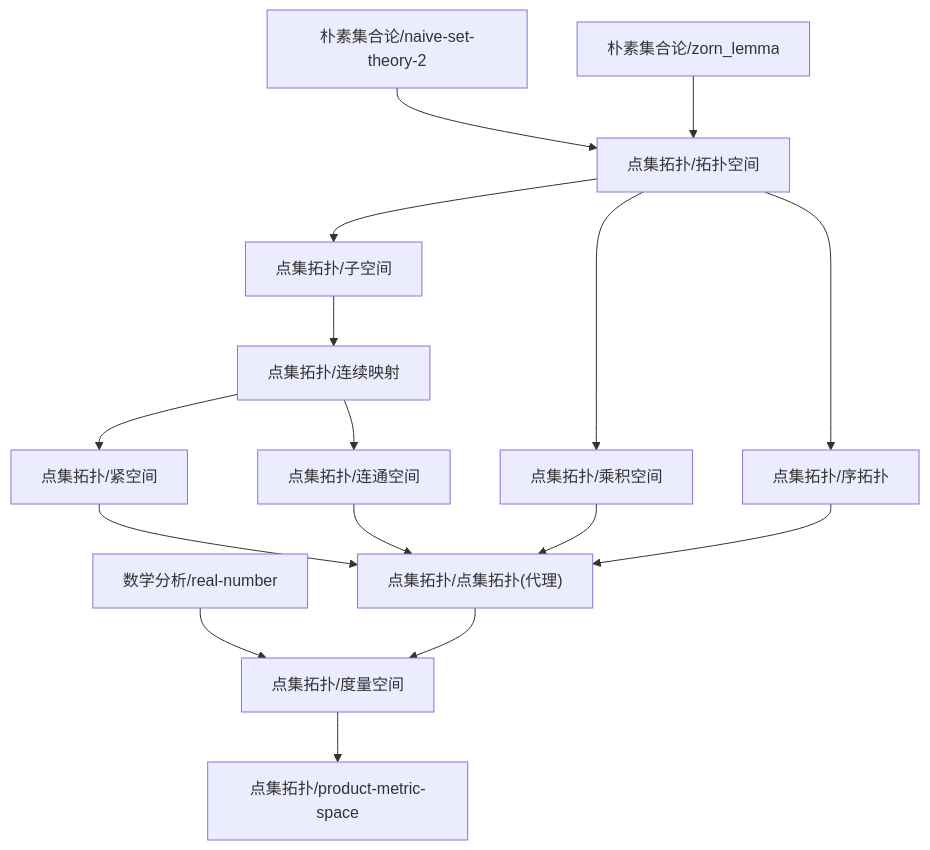
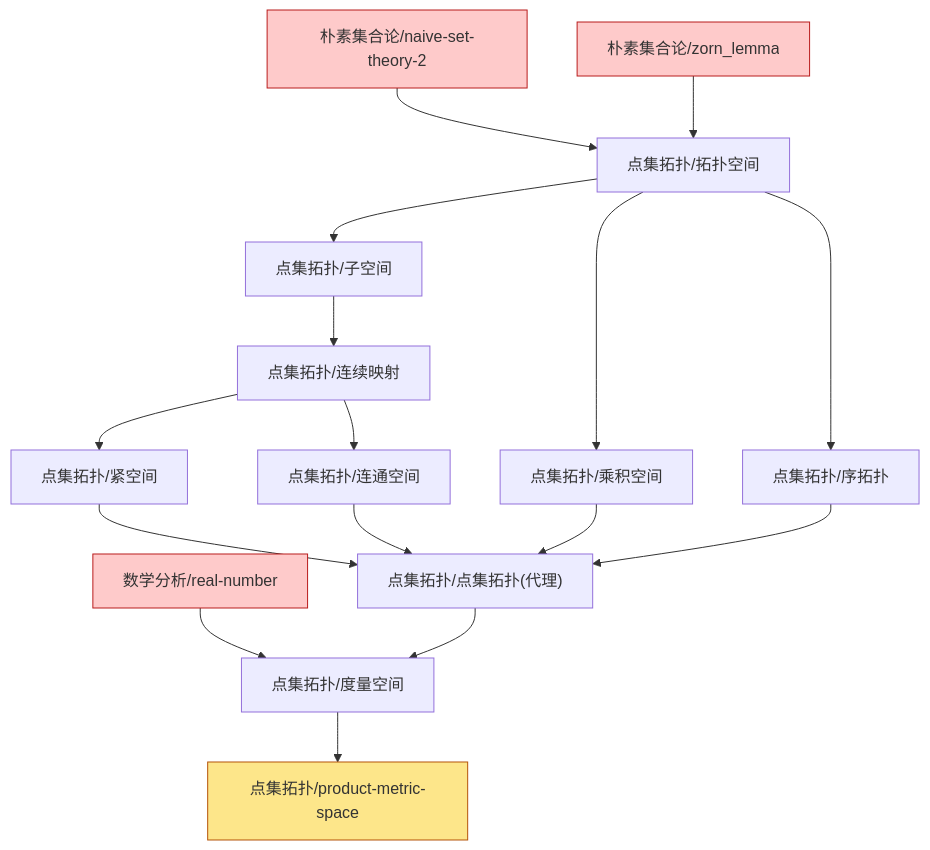
Before and after one commit to zeroDtree/zeroDtree.github.io: the diagram in content/点集拓扑/dependency_graph.md, drawn with Mermaid. The commit also changed 16 other files, not shown here.

````diff
--- a/content/点集拓扑/dependency_graph.md
+++ b/content/点集拓扑/dependency_graph.md
@@ -1,18 +1,24 @@
 ```mermaid
 graph TD
 1["朴素集合论/naive-set-theory-2"] --> 0["点集拓扑/拓扑空间"]
 2["朴素集合论/zorn_lemma"] --> 0["点集拓扑/拓扑空间"]
 4["点集拓扑/子空间"] --> 3["点集拓扑/连续映射"]
 0["点集拓扑/拓扑空间"] --> 4["点集拓扑/子空间"]
 7["数学分析/real-number"] --> 6["点集拓扑/度量空间"]
 8["点集拓扑/点集拓扑(代理)"] --> 6["点集拓扑/度量空间"]
 3["点集拓扑/连续映射"] --> 9["点集拓扑/紧空间"]
 6["点集拓扑/度量空间"] --> 10["点集拓扑/product-metric-space"]
 9["点集拓扑/紧空间"] --> 8["点集拓扑/点集拓扑(代理)"]
 11["点集拓扑/连通空间"] --> 8["点集拓扑/点集拓扑(代理)"]
 12["点集拓扑/乘积空间"] --> 8["点集拓扑/点集拓扑(代理)"]
 13["点集拓扑/序拓扑"] --> 8["点集拓扑/点集拓扑(代理)"]
 3["点集拓扑/连续映射"] --> 11["点集拓扑/连通空间"]
 0["点集拓扑/拓扑空间"] --> 12["点集拓扑/乘积空间"]
 0["点集拓扑/拓扑空间"] --> 13["点集拓扑/序拓扑"]
+classDef leaf fill:#fde68a,stroke:#b45309
+class 10 leaf
+classDef root fill:#bfdbfe,stroke:#1d4ed8
+class 5 root
+classDef externalRoot fill:#fecaca,stroke:#b91c1c
+class 1,2,7 externalRoot
 ```
````
